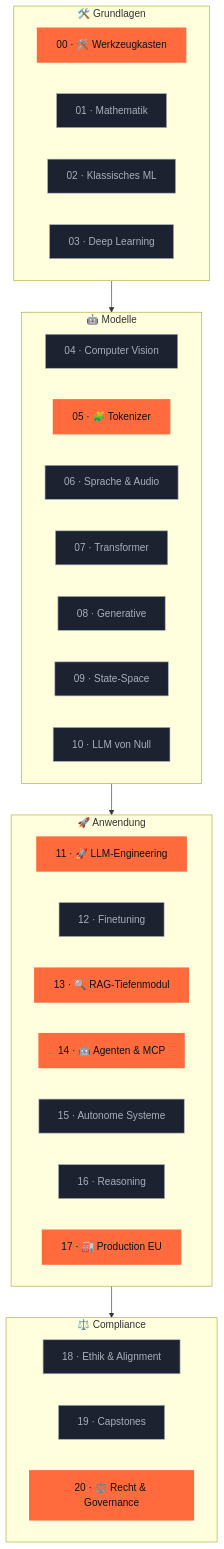
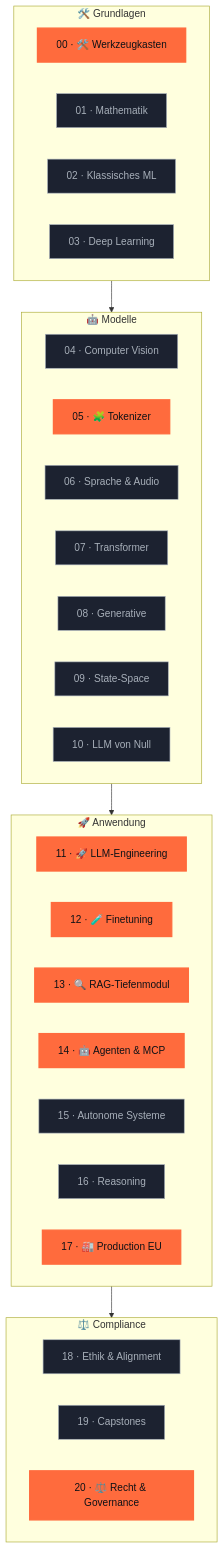
One commit to s-a-s-k-i-a/ki-engineering-werkstatt changed the second of 3 diagrams in README.md. Above: the diagram before and after it, drawn with Mermaid. The commit also changed other lines of this file and 16 other files, not shown here.

````diff
--- a/README.md
+++ b/README.md
@@ -242,45 +242,45 @@
 ```mermaid
 flowchart TB
   subgraph G[" 🛠️ Grundlagen "]
     direction LR
     P00[00 · 🛠️ Werkzeugkasten]:::done
     P01[01 · Mathematik]:::planned
     P02[02 · Klassisches ML]:::planned
     P03[03 · Deep Learning]:::planned
   end
 
   subgraph M[" 🤖 Modelle "]
     direction LR
     P04[04 · Computer Vision]:::planned
     P05[05 · 🧩 Tokenizer]:::done
     P06[06 · Sprache & Audio]:::planned
     P07[07 · Transformer]:::planned
     P08[08 · Generative]:::planned
     P09[09 · State-Space]:::planned
     P10[10 · LLM von Null]:::planned
   end
 
   subgraph A[" 🚀 Anwendung "]
     direction LR
     P11[11 · 🚀 LLM-Engineering]:::done
-    P12[12 · Finetuning]:::planned
+    P12[12 · 🧪 Finetuning]:::done
     P13[13 · 🔍 RAG-Tiefenmodul]:::done
     P14[14 · 🤖 Agenten & MCP]:::done
     P15[15 · Autonome Systeme]:::planned
     P16[16 · Reasoning]:::planned
     P17[17 · 🏭 Production EU]:::done
   end
 
   subgraph C[" ⚖️ Compliance "]
     direction LR
     P18[18 · Ethik & Alignment]:::planned
     P19[19 · Capstones]:::planned
     P20[20 · ⚖️ Recht & Governance]:::done
   end
 
   G --> M --> A --> C
 
   classDef done fill:#FF6B3D,color:#0E1116,stroke:#FF6B3D,stroke-width:2px
   classDef wip fill:#3D8BFF,color:#FFF,stroke:#3D8BFF,stroke-width:2px,stroke-dasharray:5
   classDef planned fill:#1c2230,color:#A8B0BA,stroke:#A8B0BA,stroke-width:1px
 ```
````
